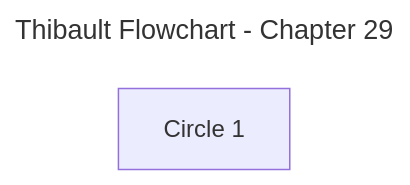
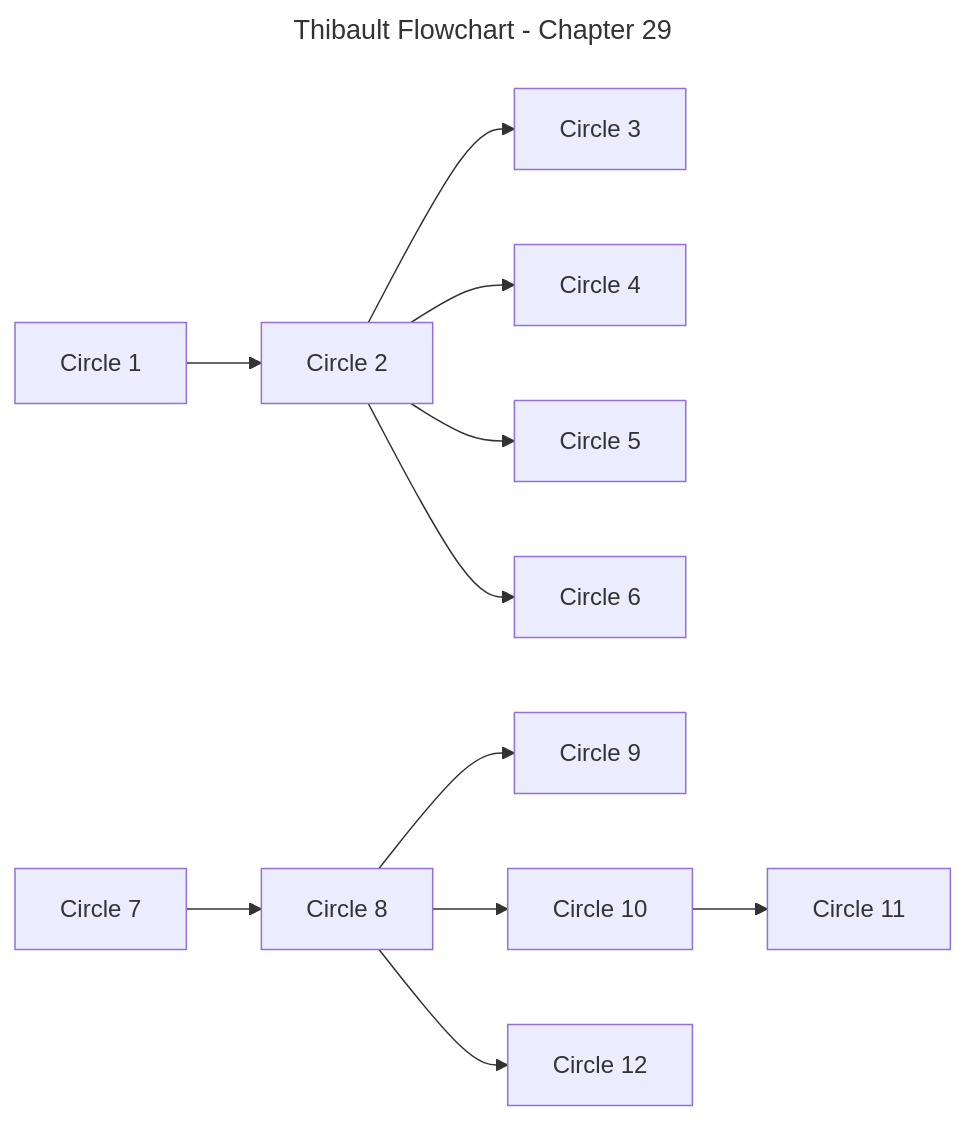
Before and after one commit to aquesnel/thibault-flowchart: the diagram in flowchart-per-chapter/chapter-29.mmd, drawn with Mermaid.

Commit message:
feat(ch29): initial flowchart of the circles

```diff
--- a/flowchart-per-chapter/chapter-29.mmd
+++ b/flowchart-per-chapter/chapter-29.mmd
@@ -1,10 +1,33 @@
 ---
 title: Thibault Flowchart - Chapter 29
 config:
   layout: dagre
   flowchart:
     htmlLabels: false
 ---
 flowchart LR
 	%% Nodes
 	B1_T29_C01["Circle 1"]
+	B1_T29_C02["Circle 2"]
+	B1_T29_C03["Circle 3"]
+	B1_T29_C04["Circle 4"]
+	B1_T29_C05["Circle 5"]
+	B1_T29_C06["Circle 6"]
+	B1_T29_C07["Circle 7"]
+	B1_T29_C08["Circle 8"]
+	B1_T29_C09["Circle 9"]
+	B1_T29_C10["Circle 10"]
+	B1_T29_C11["Circle 11"]
+	B1_T29_C12["Circle 12"]
+
+	%% Edges
+	B1_T29_C01 --> B1_T29_C02
+	B1_T29_C02 --> B1_T29_C03
+	B1_T29_C02 --> B1_T29_C04
+	B1_T29_C02 --> B1_T29_C05
+	B1_T29_C02 --> B1_T29_C06
+	B1_T29_C07 --> B1_T29_C08
+	B1_T29_C08 --> B1_T29_C09
+	B1_T29_C08 --> B1_T29_C10
+	B1_T29_C10 --> B1_T29_C11
+	B1_T29_C08 --> B1_T29_C12
```
